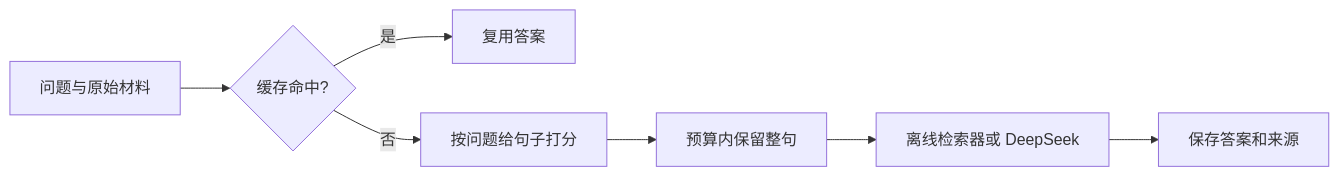
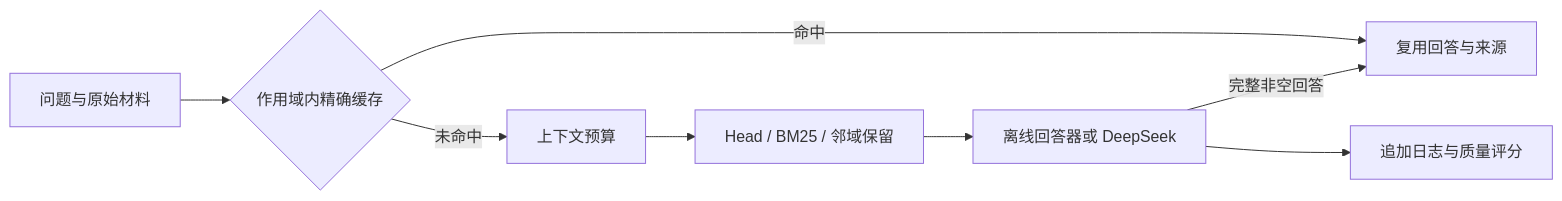
Before and after one commit to Wuuuucccyyy/Token-budget-lab: the diagram in README.md, drawn with Mermaid. The commit also changed other lines of this file and 41 other files, not shown here.

````diff
--- a/README.md
+++ b/README.md
@@ -28,9 +22,10 @@
 ```mermaid
 flowchart LR
-    A[问题与原始材料] --> B{缓存命中?}
-    B -->|是| E[复用答案]
-    B -->|否| C[按问题给句子打分]
-    C --> D[预算内保留整句]
-    D --> F[离线检索器或 DeepSeek]
-    F --> G[保存答案和来源]
+    A[问题与原始材料] --> B{作用域内精确缓存}
+    B -->|命中| G[复用回答与来源]
+    B -->|未命中| C[上下文预算]
+    C --> D[Head / BM25 / 邻域保留]
+    D --> E[离线回答器或 DeepSeek]
+    E --> F[追加日志与质量评分]
+    E -->|完整非空回答| G
 ```
````
